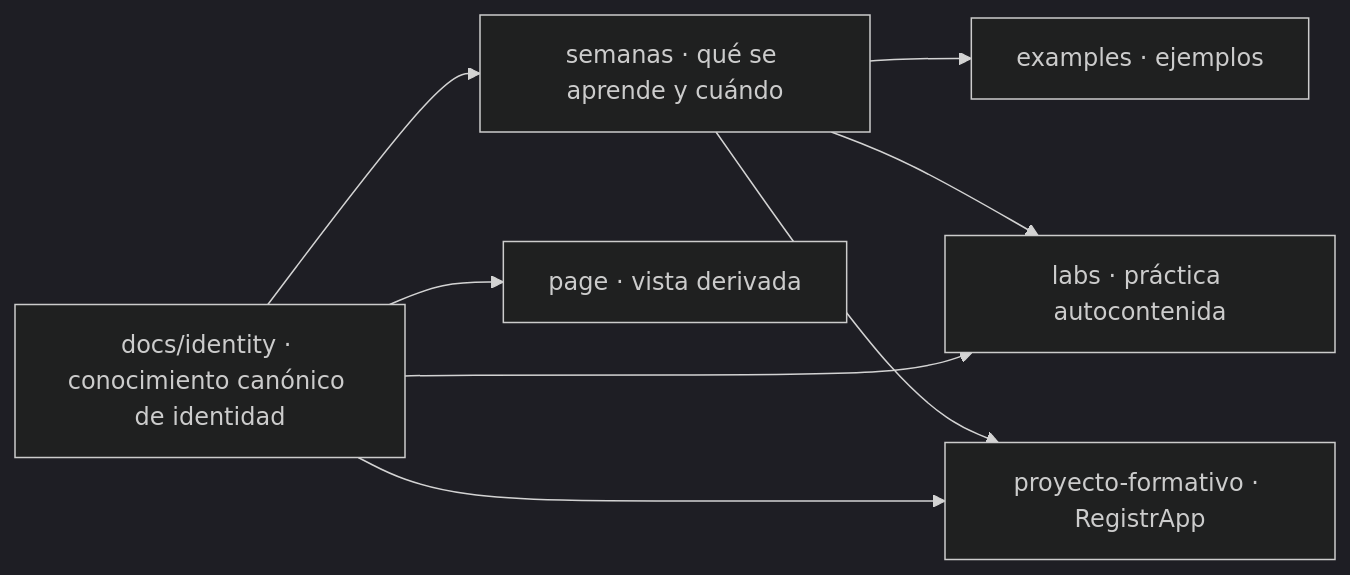
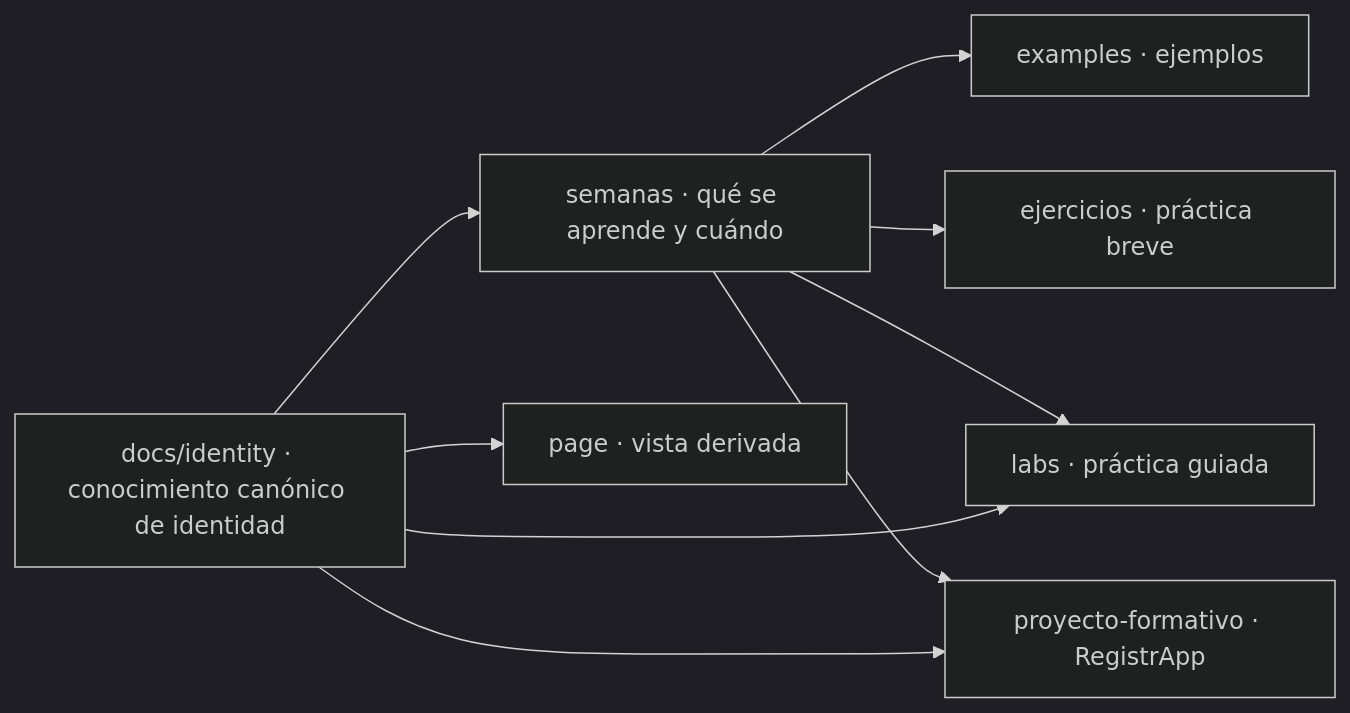
The first of 2 diagrams in README.md (cmartinezs/DSY1107-DESARROLLO-CLOUD-NATIVE-I-2026-2), drawn with Mermaid (dark theme) before and after one commit. The commit also changed other lines of this file and 183 other files, not shown here.

````diff
--- a/README.md
+++ b/README.md
@@ -56,10 +60,11 @@
 ```mermaid
 flowchart LR
     W[semanas · qué se aprende y cuándo] --> E[examples · ejemplos]
-    W --> L[labs · práctica autocontenida]
+    W --> X[ejercicios · práctica breve]
+    W --> L[labs · práctica guiada]
     W --> P[proyecto-formativo · RegistrApp]
     D[docs/identity · conocimiento canónico de identidad] --> W
     D --> L
     D --> P
     D --> WEB[page · vista derivada]
 ```
````
